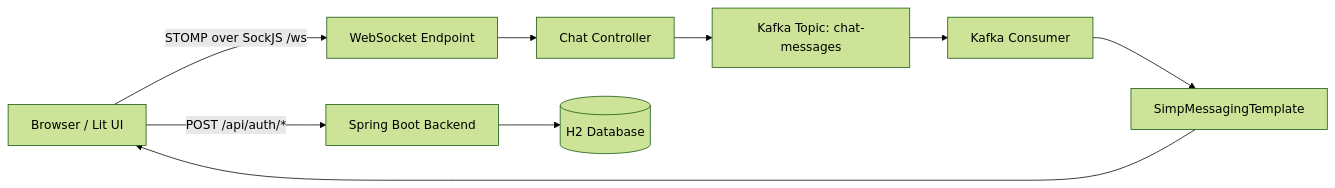
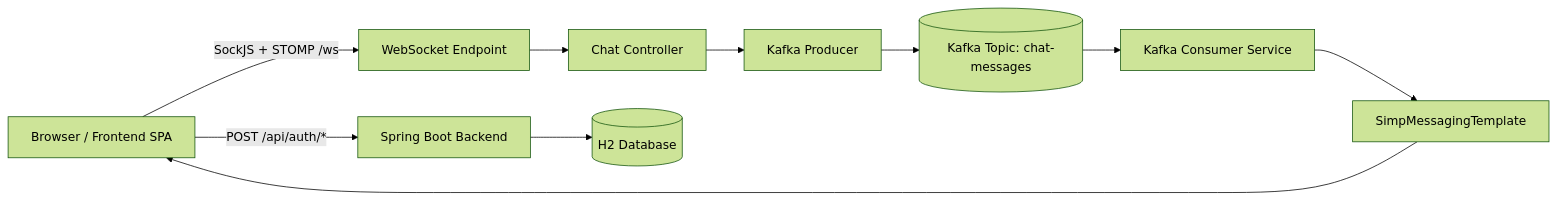
Before and after one commit to fse-brijesh-n/kafka: the first of 4 diagrams in a4-chatapp-kafka-server-client-based/README.md, drawn with Mermaid (forest theme). The commit also changed other lines of this file and 1 other file, not shown here.

````diff
--- a/a4-chatapp-kafka-server-client-based/README.md
+++ b/a4-chatapp-kafka-server-client-based/README.md
@@ -50,11 +56,12 @@
 ```mermaid
 flowchart LR
-	U[Browser / Lit UI] -->|POST /api/auth/*| B[Spring Boot Backend]
-	U -->|STOMP over SockJS /ws| W[WebSocket Endpoint]
-	W --> C[Chat Controller]
-	C --> K[Kafka Topic: chat-messages]
-	K --> P[Kafka Consumer]
-	P --> S[SimpMessagingTemplate]
-	S --> U
-	B --> H[(H2 Database)]
+  U[Browser / Frontend SPA] -->|POST /api/auth/*| B[Spring Boot Backend]
+  U -->|SockJS + STOMP /ws| W[WebSocket Endpoint]
+  W --> C[Chat Controller]
+  C --> P[Kafka Producer]
+  P --> K[(Kafka Topic: chat-messages)]
+  K --> S[Kafka Consumer Service]
+  S --> M[SimpMessagingTemplate]
+  M --> U
+  B --> D[(H2 Database)]
 ```
````
